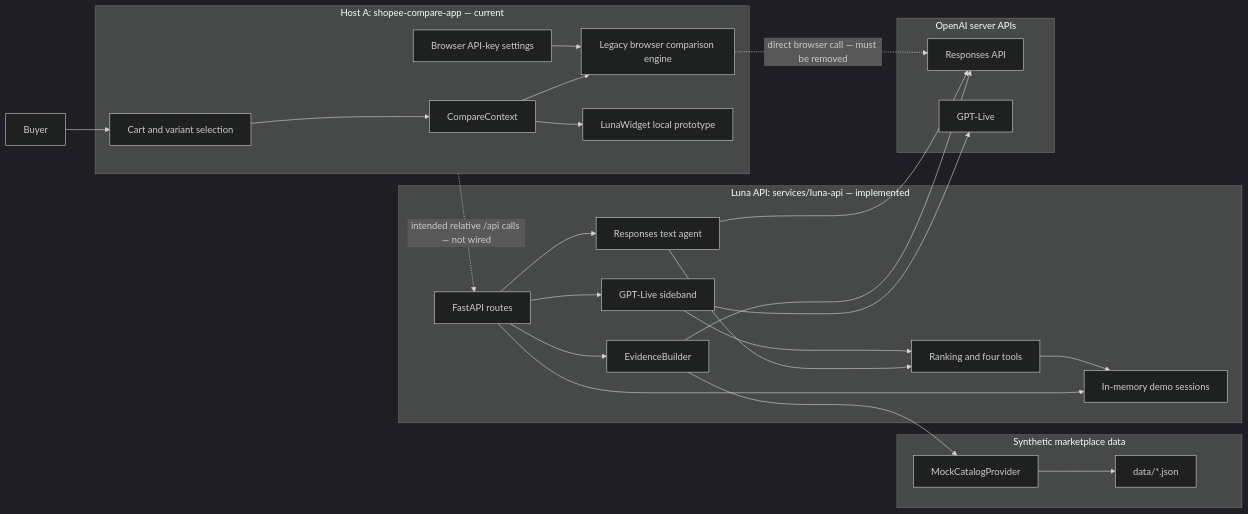
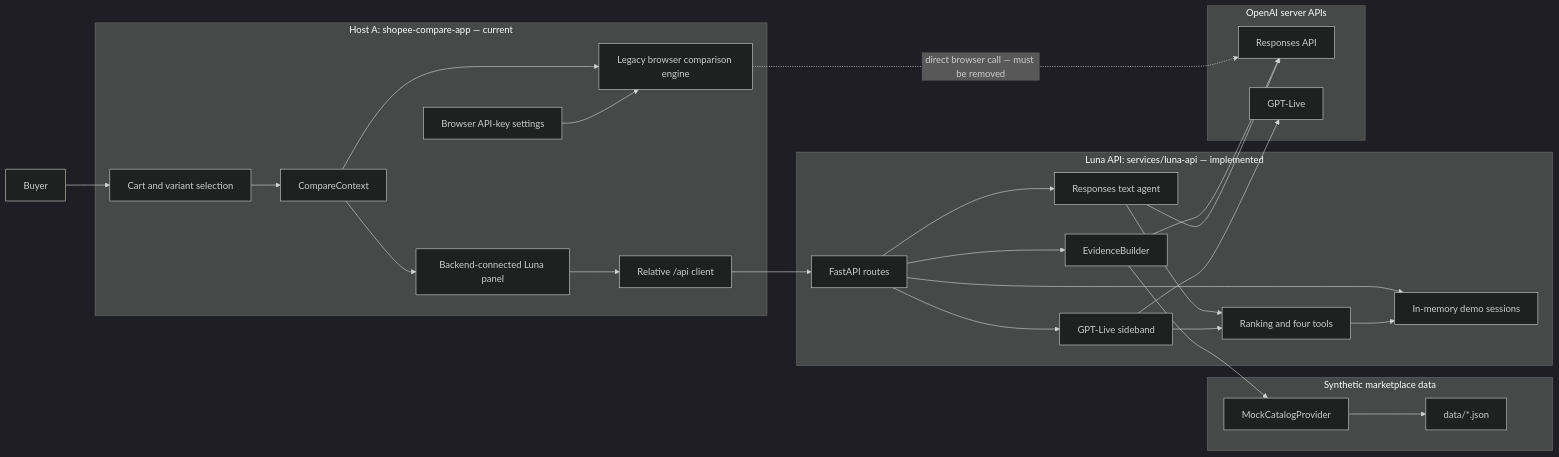
The first of 8 diagrams in docs/architecture.md (jaxwong/decodex), drawn with Mermaid (dark theme) before and after one commit. The commit also changed other lines of this file and 4 other files, not shown here.

````diff
--- a/docs/architecture.md
+++ b/docs/architecture.md
@@ -26,49 +28,50 @@
 ```mermaid
 flowchart LR
     Buyer[Buyer]
 
     subgraph HostA["Host A: shopee-compare-app — current"]
         Cart[Cart and variant selection]
         CompareContext[CompareContext]
         LegacyEngine[Legacy browser comparison engine]
-        LocalWidget[LunaWidget local prototype]
+        LocalWidget[Backend-connected Luna panel]
+        LunaClient[Relative /api client]
         BrowserSettings[Browser API-key settings]
     end
 
     subgraph LunaAPI["Luna API: services/luna-api — implemented"]
         Routes[FastAPI routes]
         SessionStore[In-memory demo sessions]
         EvidenceBuilder[EvidenceBuilder]
         Decision[Ranking and four tools]
         TextAgent[Responses text agent]
         LiveAgent[GPT-Live sideband]
     end
 
     subgraph Data["Synthetic marketplace data"]
         MockProvider[MockCatalogProvider]
         Fixtures[data/*.json]
     end
 
     subgraph OpenAI["OpenAI server APIs"]
         Responses[Responses API]
         Live[GPT-Live]
     end
 
     Buyer --> Cart --> CompareContext --> LegacyEngine
-    CompareContext --> LocalWidget
+    CompareContext --> LocalWidget --> LunaClient
     BrowserSettings --> LegacyEngine
     LegacyEngine -. "direct browser call — must be removed" .-> Responses
 
-    HostA -. "intended relative /api calls — not wired" .-> Routes
+    LunaClient --> Routes
 
     Routes --> SessionStore
     Routes --> EvidenceBuilder
     Routes --> TextAgent
     Routes --> LiveAgent
     EvidenceBuilder --> MockProvider --> Fixtures
     EvidenceBuilder --> Responses
     TextAgent --> Responses
     TextAgent --> Decision --> SessionStore
     LiveAgent --> Live
     LiveAgent --> Decision
 ```
````
